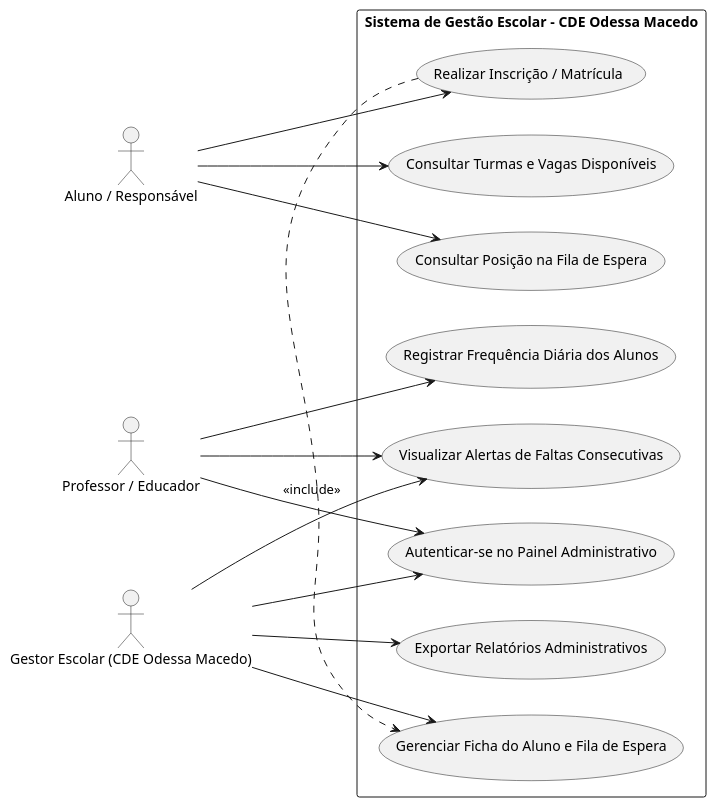
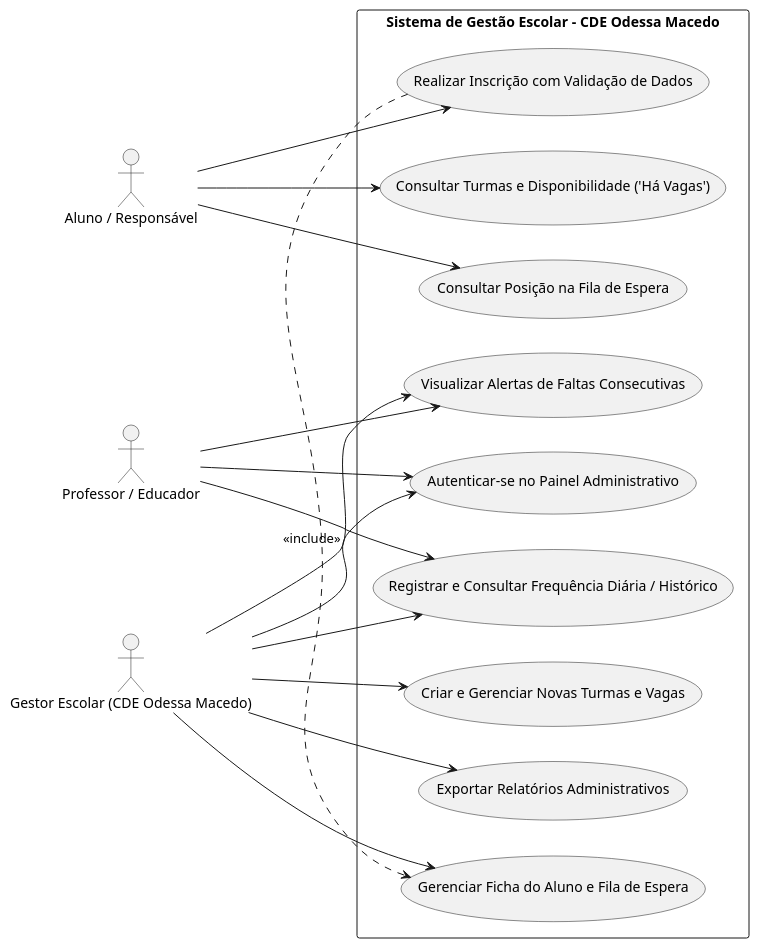
One commit to heduardowitkoski/odessamacedoChamada changed the first of 4 diagrams in DIAGRAMAS_UML.md. Above: the diagram before and after it, drawn with PlantUML. The commit also changed other lines of this file and 1 other file, not shown here.

Commit message:
docs: atualizacao completa da documentacao do projeto e diagramas UML com as ultimas funcionalidades

````diff
--- a/DIAGRAMAS_UML.md
+++ b/DIAGRAMAS_UML.md
@@ -9,37 +9,40 @@
 ```plantuml
 @startuml Diagrama_de_Casos_de_Uso_Odessa_Macedo
 left to right direction
 skinparam packageStyle rectangle
 skinparam shadowing false
 
 actor "Aluno / Responsável" as aluno
 actor "Professor / Educador" as professor
 actor "Gestor Escolar (CDE Odessa Macedo)" as gestor
 
 rectangle "Sistema de Gestão Escolar - CDE Odessa Macedo" {
-  usecase "Realizar Inscrição / Matrícula" as UC1
-  usecase "Consultar Turmas e Vagas Disponíveis" as UC2
+  usecase "Realizar Inscrição com Validação de Dados" as UC1
+  usecase "Consultar Turmas e Disponibilidade ('Há Vagas')" as UC2
   usecase "Consultar Posição na Fila de Espera" as UC3
   usecase "Autenticar-se no Painel Administrativo" as UC4
-  usecase "Registrar Frequência Diária dos Alunos" as UC5
+  usecase "Registrar e Consultar Frequência Diária / Histórico" as UC5
   usecase "Visualizar Alertas de Faltas Consecutivas" as UC6
   usecase "Gerenciar Ficha do Aluno e Fila de Espera" as UC7
-  usecase "Exportar Relatórios Administrativos" as UC8
+  usecase "Criar e Gerenciar Novas Turmas e Vagas" as UC8
+  usecase "Exportar Relatórios Administrativos" as UC9
 }
 
 aluno --> UC1
 aluno --> UC2
 aluno --> UC3
 
 professor --> UC4
 professor --> UC5
 professor --> UC6
 
 gestor --> UC4
+gestor --> UC5
 gestor --> UC6
 gestor --> UC7
 gestor --> UC8
+gestor --> UC9
 
 UC1 .> UC7 : <<include>>
 @enduml
 ```
````
